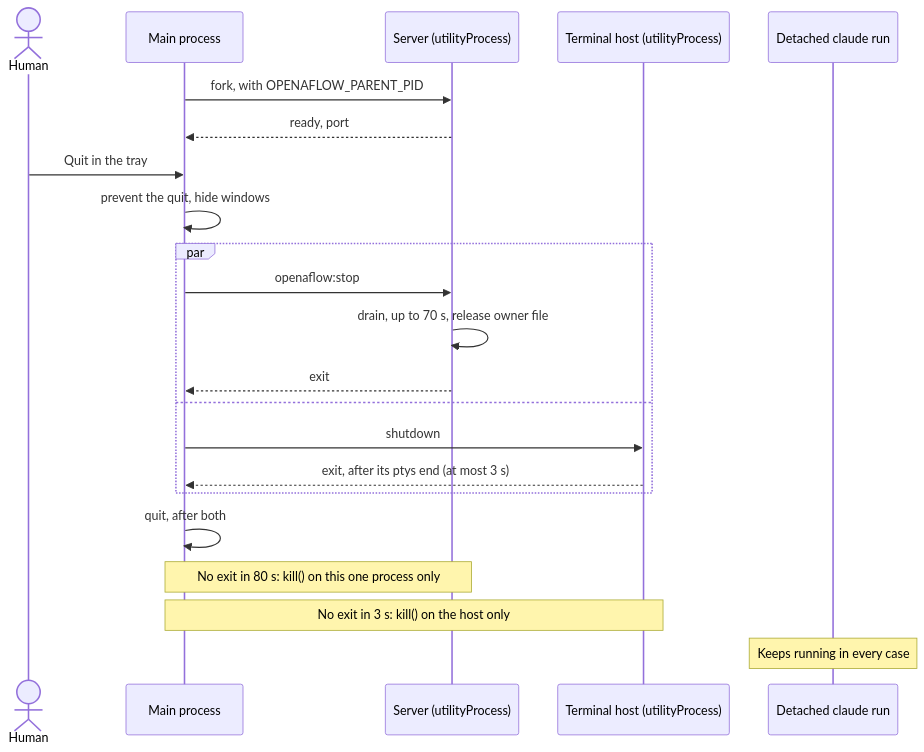
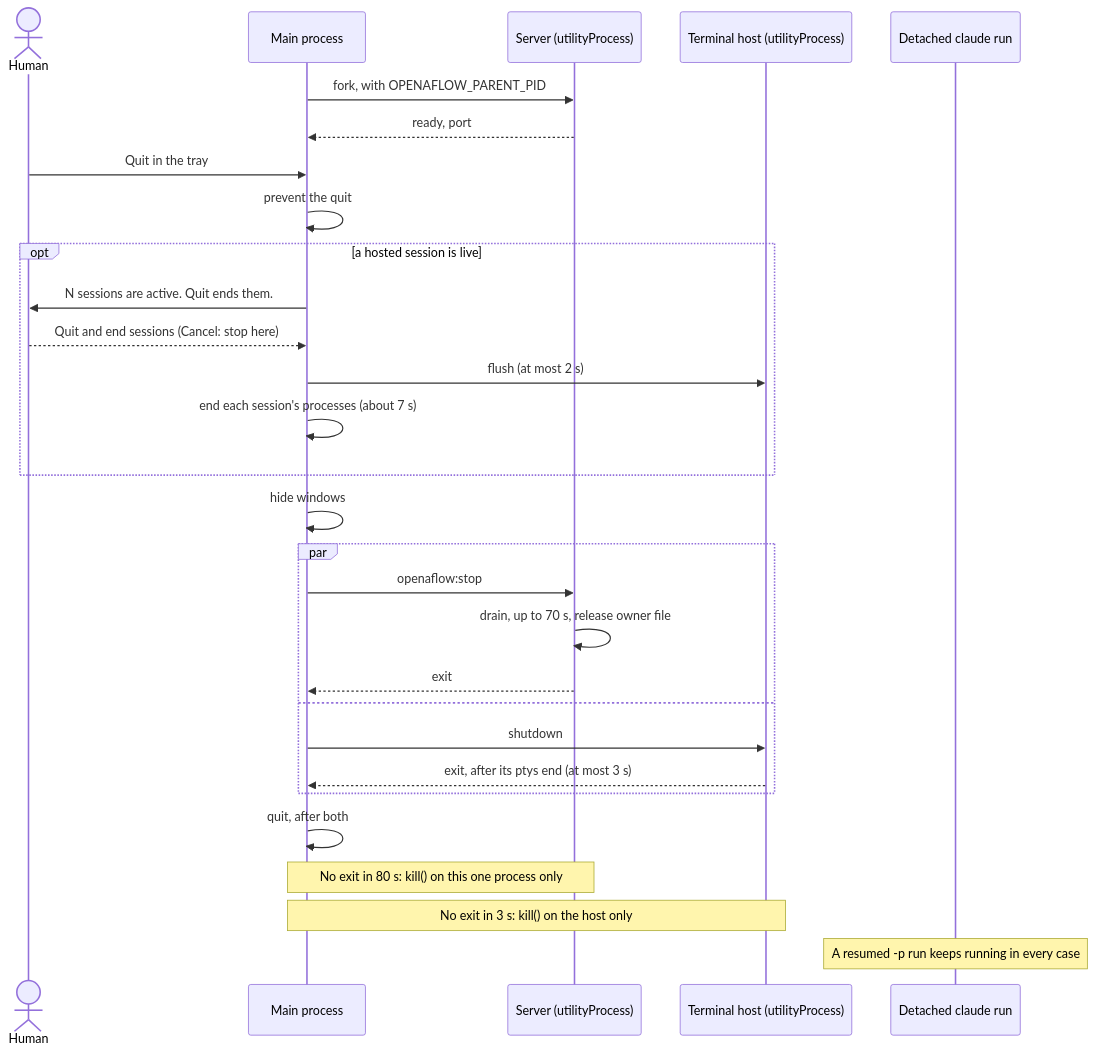
The diagram in pod-docs/feature-details/desktop.md (alvionlabs/openaflow), drawn with Mermaid before and after one commit. The commit also changed other lines of this file and 4 other files, not shown here.

Commit message:
feat(desktop): wire the roster, the ender, and the quit question into main

````diff
--- a/pod-docs/feature-details/desktop.md
+++ b/pod-docs/feature-details/desktop.md
@@ -31,24 +46,31 @@
 ```mermaid
 sequenceDiagram
   actor Human
   participant Main as Main process
   participant Server as Server (utilityProcess)
   participant Host as Terminal host (utilityProcess)
   participant Run as Detached claude run
   Main->>Server: fork, with OPENAFLOW_PARENT_PID
   Server-->>Main: ready, port
   Human->>Main: Quit in the tray
-  Main->>Main: prevent the quit, hide windows
+  Main->>Main: prevent the quit
+  opt a hosted session is live
+    Main->>Human: N sessions are active. Quit ends them.
+    Human-->>Main: Quit and end sessions (Cancel: stop here)
+    Main->>Host: flush (at most 2 s)
+    Main->>Main: end each session's processes (about 7 s)
+  end
+  Main->>Main: hide windows
   par
     Main->>Server: openaflow:stop
     Server->>Server: drain, up to 70 s, release owner file
     Server-->>Main: exit
   and
     Main->>Host: shutdown
     Host-->>Main: exit, after its ptys end (at most 3 s)
   end
   Main->>Main: quit, after both
   Note over Main,Server: No exit in 80 s: kill() on this one process only
   Note over Main,Host: No exit in 3 s: kill() on the host only
-  Note over Run: Keeps running in every case
+  Note over Run: A resumed -p run keeps running in every case
 ```
````
